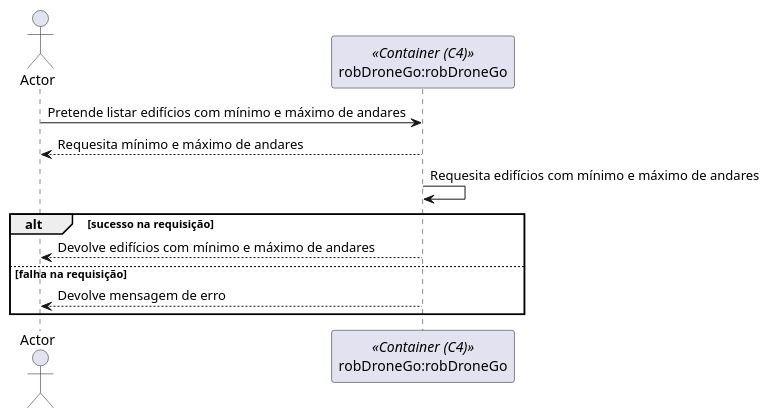
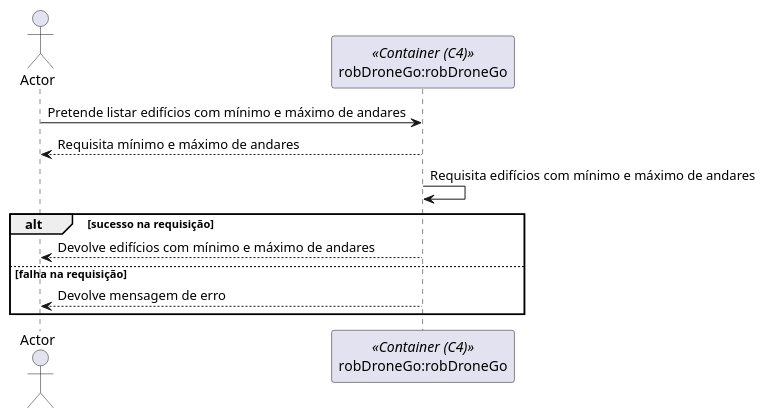
Before and after one commit to ruben1132/PI5_23-24: the diagram in docs/nivel1/N1_US180.puml, drawn with PlantUML. The commit also changed 8 other files, not shown here.

```diff
--- a/docs/nivel1/N1_US180.puml
+++ b/docs/nivel1/N1_US180.puml
@@ -1,17 +1,17 @@
 @startuml
 
 actor Actor as Actor
 participant "robDroneGo:robDroneGo" as Container <<Container (C4)>>
 
 Actor -> Container: Pretende listar edifícios com mínimo e máximo de andares
-Container --> Actor: Requesita mínimo e máximo de andares
+Container --> Actor: Requisita mínimo e máximo de andares
 
-Container -> Container: Requesita edifícios com mínimo e máximo de andares
+Container -> Container: Requisita edifícios com mínimo e máximo de andares
 
 alt sucesso na requisição
     Container --> Actor: Devolve edifícios com mínimo e máximo de andares
 else falha na requisição
     Container --> Actor: Devolve mensagem de erro
 end
 
 @enduml
```
